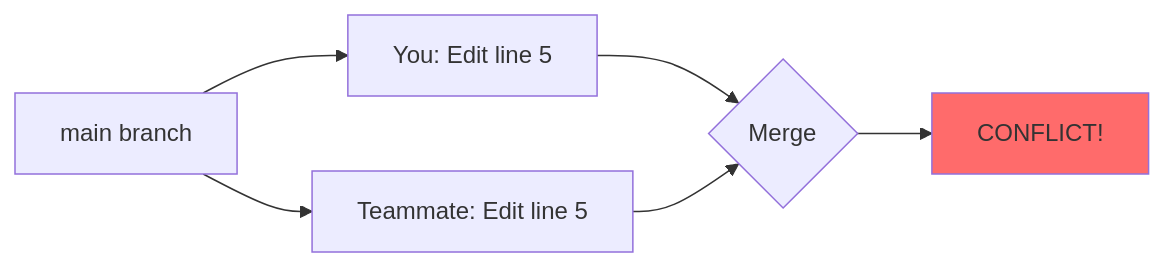
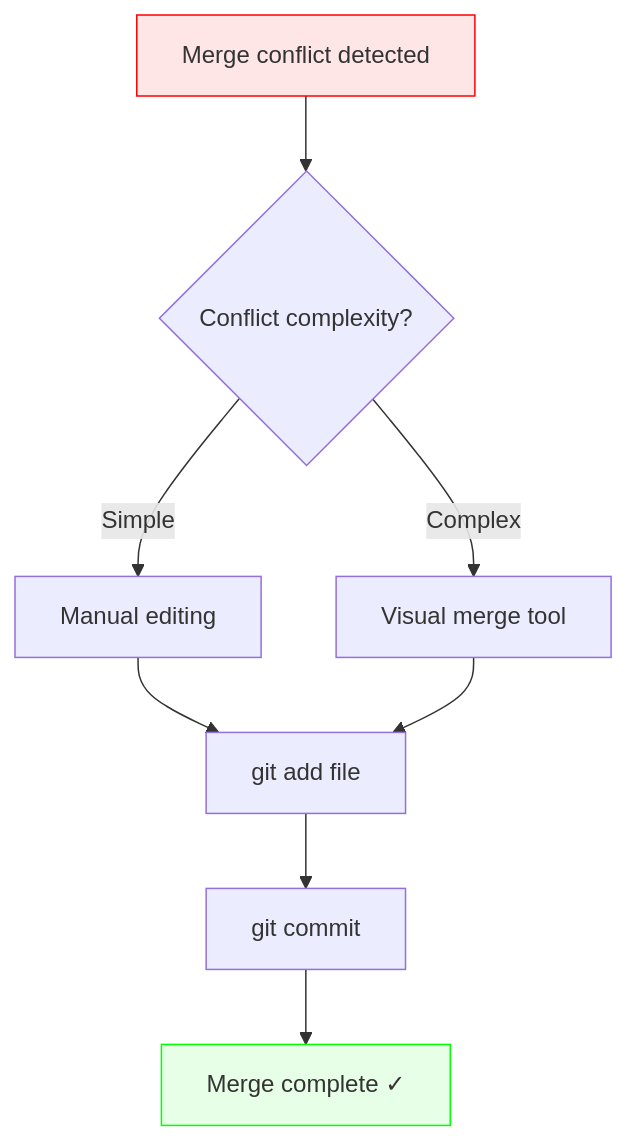
Before and after one commit to kir-rescomp/training-intro-to-git-github: the second of 2 diagrams in docs/6.conflicts.md, drawn with Mermaid. The commit also changed other lines of this file, not shown here.

Commit message:
add a new episode for merge conflicts, remove temporary notes on merge conflicts from git models episode:

````diff
--- a/docs/6.conflicts.md
+++ b/docs/6.conflicts.md
@@ -13,10 +118,12 @@
 ```mermaid
-graph LR
-    A[main branch] --> B[You: Edit line 5]
-    A --> C[Teammate: Edit line 5]
-    B --> D{Merge}
-    C --> D
-    D --> E[CONFLICT!]
-    
-    style E fill:#ff6b6b
+flowchart TB
+  A[Merge conflict detected] --> B{Conflict complexity?}
+  B -->|Simple| C[Manual editing]
+  B -->|Complex| D[Visual merge tool]
+  C --> E[git add file]
+  D --> E
+  E --> F[git commit]
+  F --> G[Merge complete ✓]
+  style A fill:#ffe6e6,stroke:#f00
+  style G fill:#e6ffe6,stroke:#0f0
 ```
````
